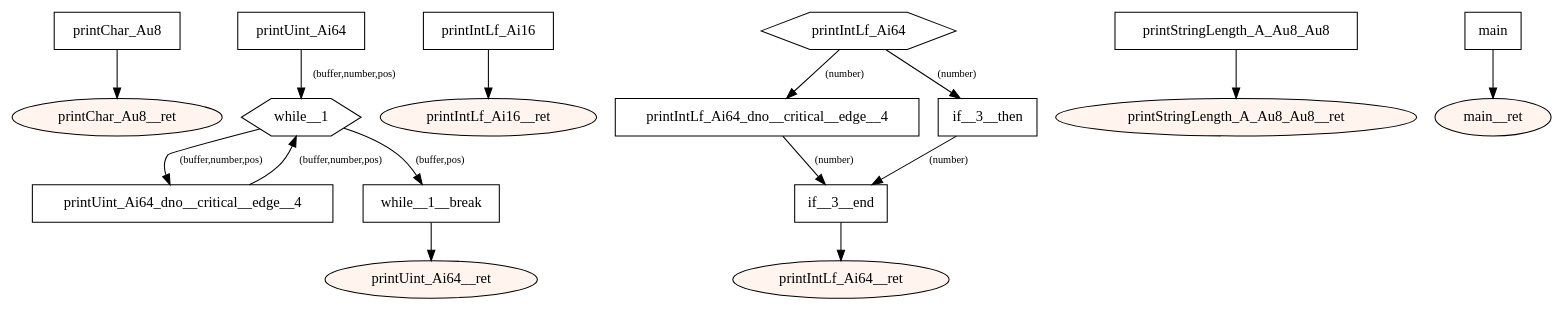
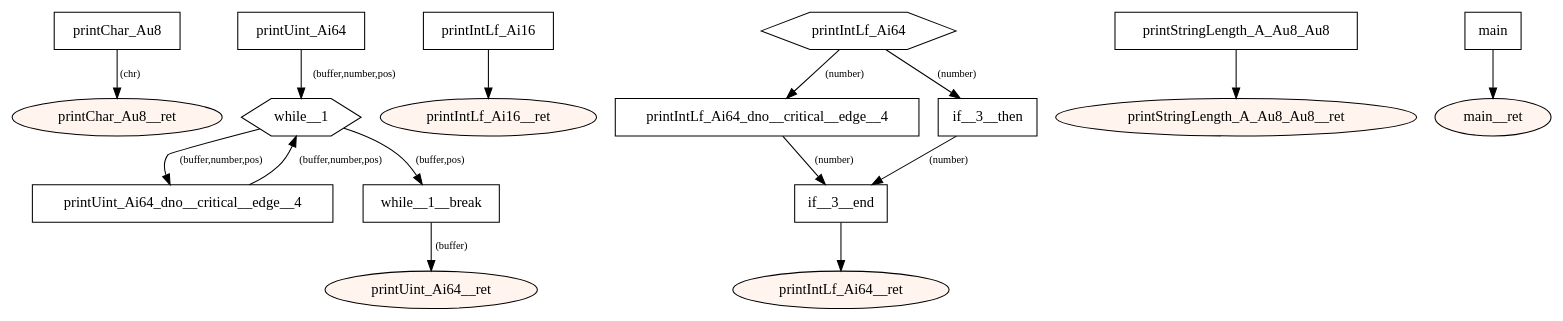
One commit to tmssngr/tinyC changed the diagram in src/main/resources-test/compiler/windows/global vars.dot. Above: the diagram before and after it, drawn with Graphviz. The commit also changed 150 other files, not shown here.

```diff
--- a/src/main/resources-test/compiler/windows/global vars.dot
+++ b/src/main/resources-test/compiler/windows/global vars.dot
@@ -1,47 +1,47 @@
 digraph program {
 	edge[fontsize="10pt"];
 	subgraph fn_printChar_Au8 {
 		BasicBlock_0_printChar_Au8 [label="printChar_Au8",shape=box];
-		BasicBlock_0_printChar_Au8 -> BasicBlock_0_printChar_Au8__ret;
+		BasicBlock_0_printChar_Au8 -> BasicBlock_0_printChar_Au8__ret [label="(chr)"];
 		BasicBlock_0_printChar_Au8__ret [label="printChar_Au8__ret",shape=oval,style=filled,fillcolor="#fff5ee"];
 	}
 	subgraph fn_printUint_Ai64 {
 		BasicBlock_1_printUint_Ai64 [label="printUint_Ai64",shape=box];
 		BasicBlock_1_printUint_Ai64 -> BasicBlock_1_while__1 [label="(buffer,number,pos)"];
 		BasicBlock_1_printUint_Ai64_dno__critical__edge__4 [label="printUint_Ai64_dno__critical__edge__4",shape=box];
 		BasicBlock_1_printUint_Ai64_dno__critical__edge__4 -> BasicBlock_1_while__1 [label="(buffer,number,pos)"];
 		BasicBlock_1_while__1 [label="while__1",shape=hexagon];
 		BasicBlock_1_while__1 -> BasicBlock_1_printUint_Ai64_dno__critical__edge__4 [label="(buffer,number,pos)"];
 		BasicBlock_1_while__1 -> BasicBlock_1_while__1__break [label="(buffer,pos)"];
 		BasicBlock_1_while__1__break [label="while__1__break",shape=box];
-		BasicBlock_1_while__1__break -> BasicBlock_1_printUint_Ai64__ret;
+		BasicBlock_1_while__1__break -> BasicBlock_1_printUint_Ai64__ret [label="(buffer)"];
 		BasicBlock_1_printUint_Ai64__ret [label="printUint_Ai64__ret",shape=oval,style=filled,fillcolor="#fff5ee"];
 	}
 	subgraph fn_printIntLf_Ai16 {
 		BasicBlock_2_printIntLf_Ai16 [label="printIntLf_Ai16",shape=box];
 		BasicBlock_2_printIntLf_Ai16 -> BasicBlock_2_printIntLf_Ai16__ret;
 		BasicBlock_2_printIntLf_Ai16__ret [label="printIntLf_Ai16__ret",shape=oval,style=filled,fillcolor="#fff5ee"];
 	}
 	subgraph fn_printIntLf_Ai64 {
 		BasicBlock_3_printIntLf_Ai64 [label="printIntLf_Ai64",shape=hexagon];
 		BasicBlock_3_printIntLf_Ai64 -> BasicBlock_3_printIntLf_Ai64_dno__critical__edge__4 [label="(number)"];
 		BasicBlock_3_printIntLf_Ai64 -> BasicBlock_3_if__3__then [label="(number)"];
 		BasicBlock_3_printIntLf_Ai64_dno__critical__edge__4 [label="printIntLf_Ai64_dno__critical__edge__4",shape=box];
 		BasicBlock_3_printIntLf_Ai64_dno__critical__edge__4 -> BasicBlock_3_if__3__end [label="(number)"];
 		BasicBlock_3_if__3__then [label="if__3__then",shape=box];
 		BasicBlock_3_if__3__then -> BasicBlock_3_if__3__end [label="(number)"];
 		BasicBlock_3_if__3__end [label="if__3__end",shape=box];
 		BasicBlock_3_if__3__end -> BasicBlock_3_printIntLf_Ai64__ret;
 		BasicBlock_3_printIntLf_Ai64__ret [label="printIntLf_Ai64__ret",shape=oval,style=filled,fillcolor="#fff5ee"];
 	}
 	subgraph fn_printStringLength_A_Au8_Au8 {
 		BasicBlock_4_printStringLength_A_Au8_Au8 [label="printStringLength_A_Au8_Au8",shape=box];
 		BasicBlock_4_printStringLength_A_Au8_Au8 -> BasicBlock_4_printStringLength_A_Au8_Au8__ret;
 		BasicBlock_4_printStringLength_A_Au8_Au8__ret [label="printStringLength_A_Au8_Au8__ret",shape=oval,style=filled,fillcolor="#fff5ee"];
 	}
 	subgraph fn_main {
 		BasicBlock_5_main [label="main",shape=box];
 		BasicBlock_5_main -> BasicBlock_5_main__ret;
 		BasicBlock_5_main__ret [label="main__ret",shape=oval,style=filled,fillcolor="#fff5ee"];
 	}
 }
```
